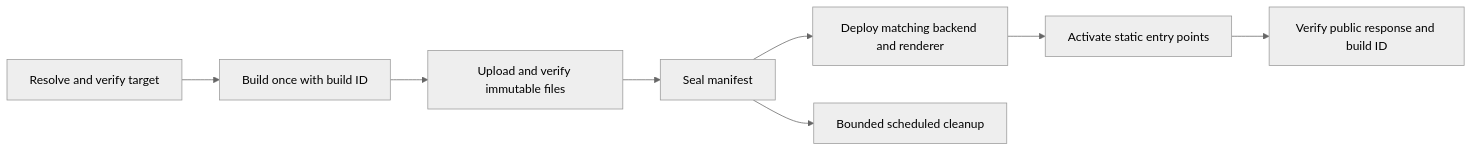
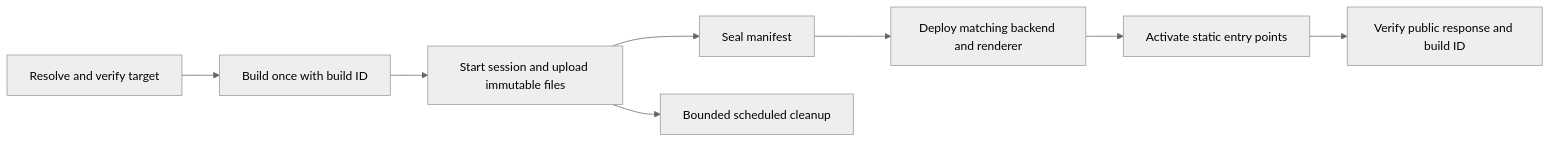
The diagram in research/2026-10-12-convex-hosting-production-audit.md (samebase/samebase), drawn with Mermaid (neutral theme) before and after one commit. The commit also changed other lines of this file, not shown here.

````diff
--- a/research/2026-10-12-convex-hosting-production-audit.md
+++ b/research/2026-10-12-convex-hosting-production-audit.md
@@ -243,10 +244,10 @@
 ```mermaid
 flowchart LR
   A[Resolve and verify target] --> B[Build once with build ID]
-  B --> C[Upload and verify immutable files]
+  B --> C[Start session and upload immutable files]
   C --> D[Seal manifest]
   D --> E[Deploy matching backend and renderer]
   E --> F[Activate static entry points]
   F --> G[Verify public response and build ID]
-  D --> H[Bounded scheduled cleanup]
+  C --> H[Bounded scheduled cleanup]
 ```
````
